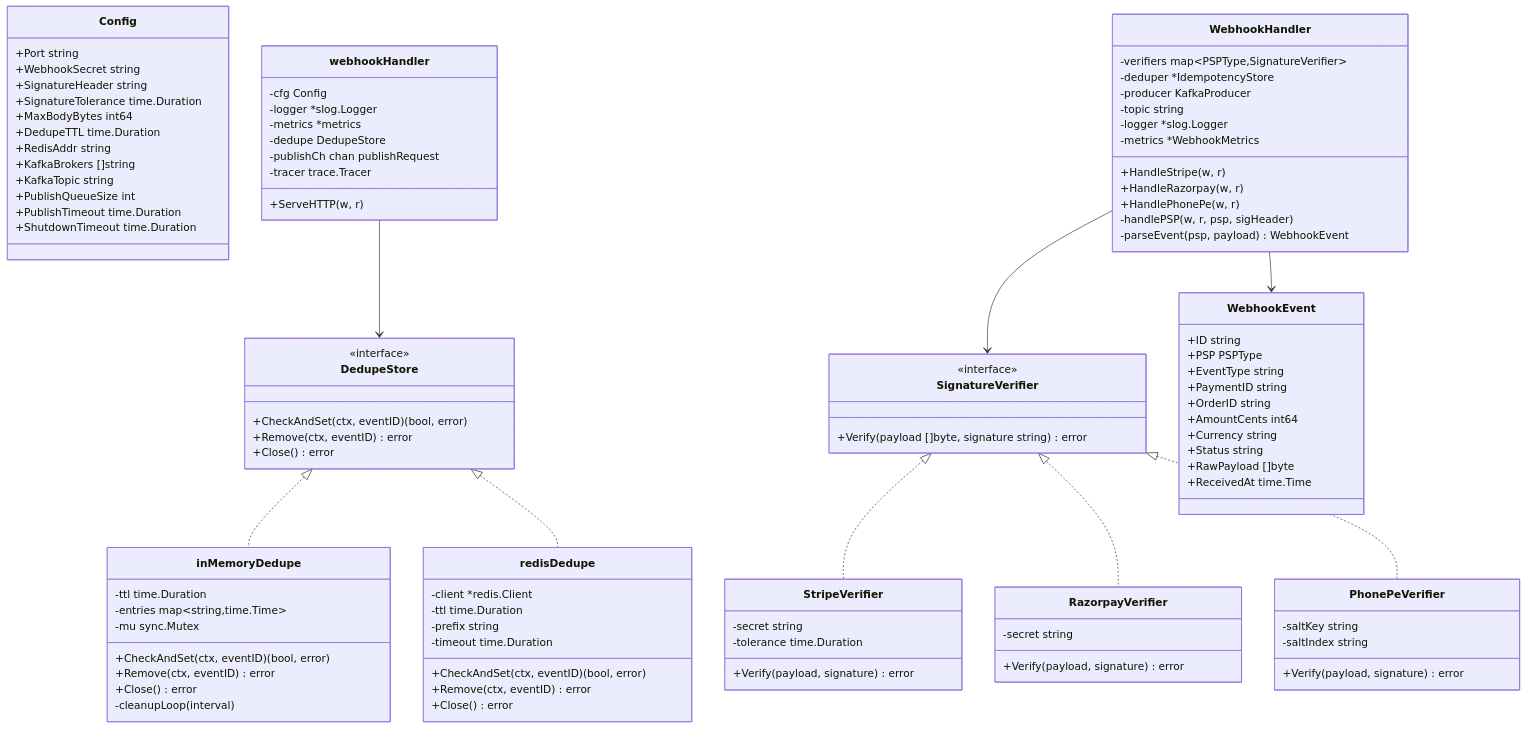
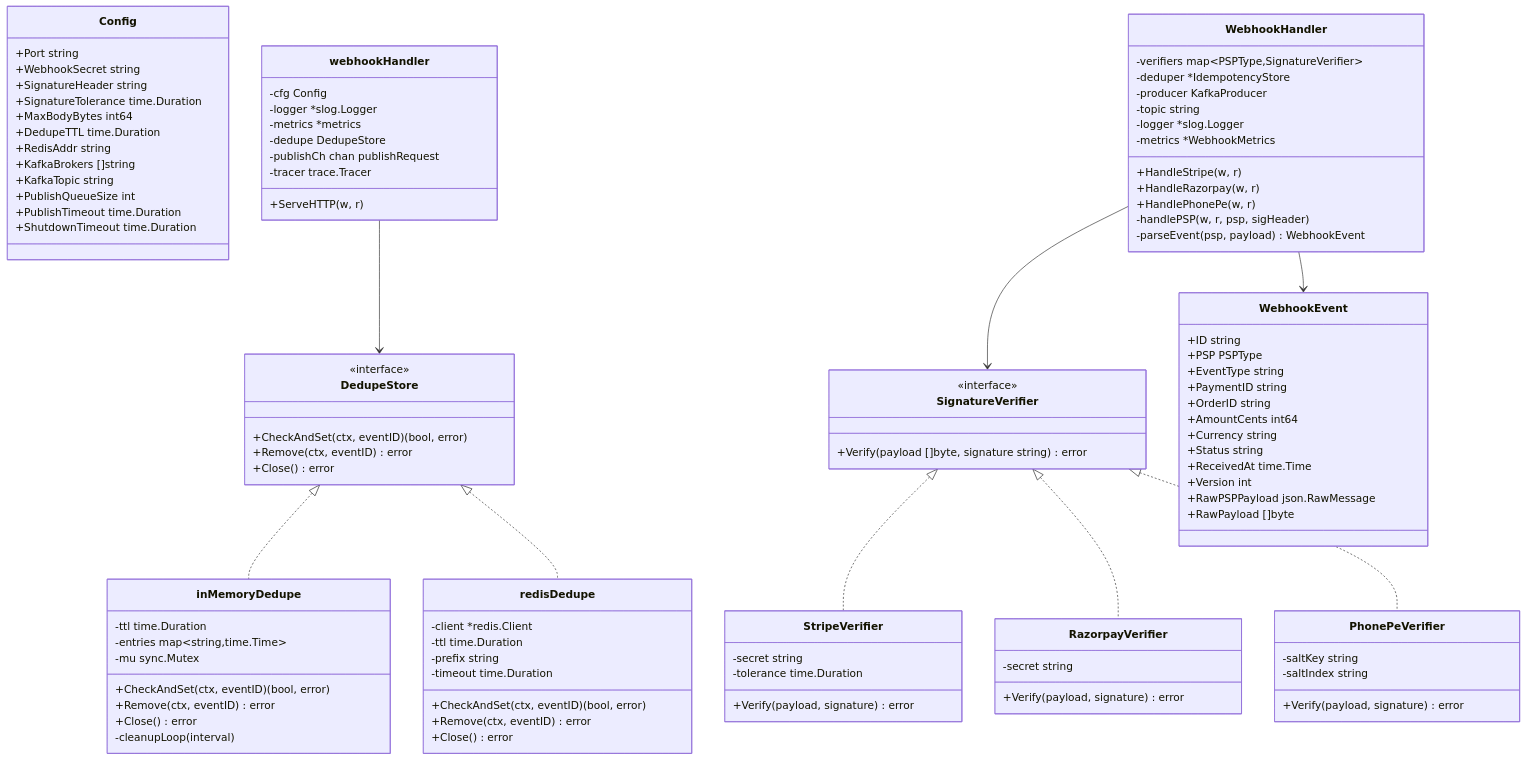
Before and after one commit to sunitakeazycommerz-a11y/InstaCommerce: the second of 5 diagrams in services/payment-webhook-service/README.md, drawn with Mermaid. The commit also changed other lines of this file and 2 other files, not shown here.

First line of the commit message:
feat(payment-webhook): include raw PSP payload in Kafka transport envelope

```diff
--- a/services/payment-webhook-service/README.md
+++ b/services/payment-webhook-service/README.md
@@ -208,8 +208,10 @@
         +AmountCents int64
         +Currency string
         +Status string
+        +ReceivedAt time.Time
+        +Version int
+        +RawPSPPayload json.RawMessage
         +RawPayload []byte
-        +ReceivedAt time.Time
     }
 
     DedupeStore <|.. inMemoryDedupe
```
